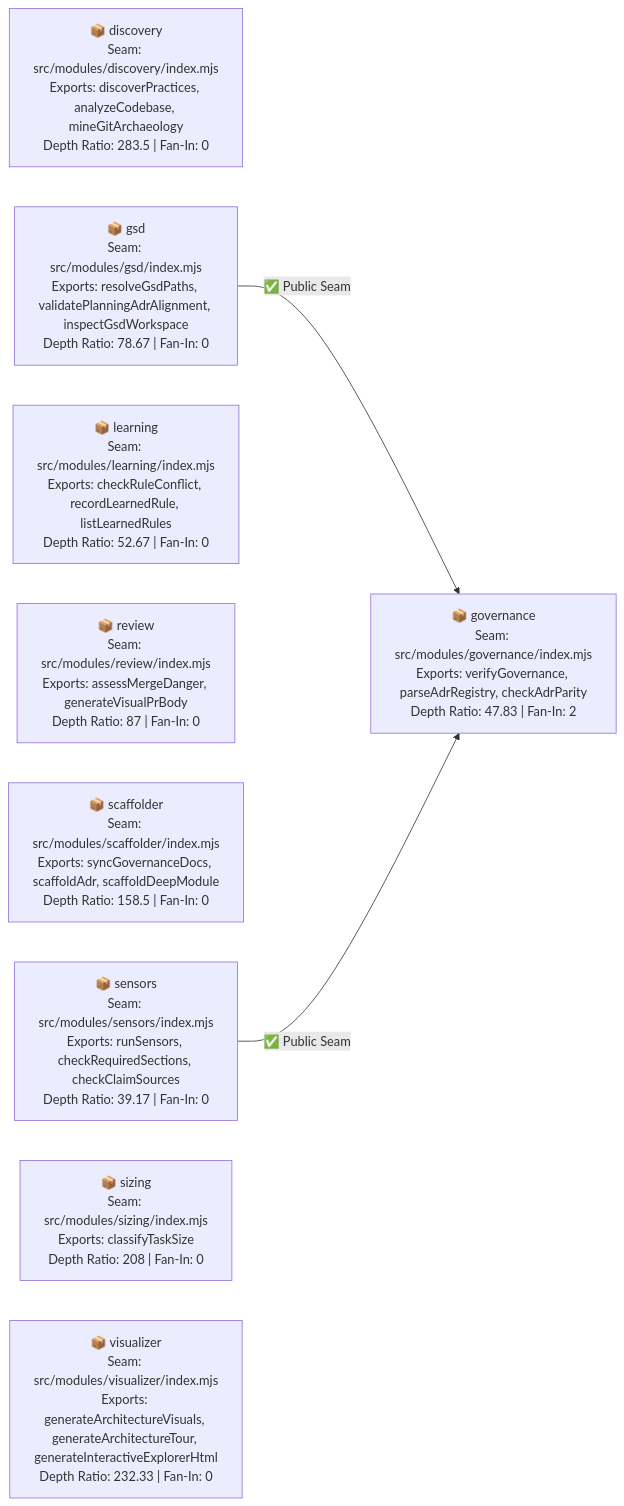
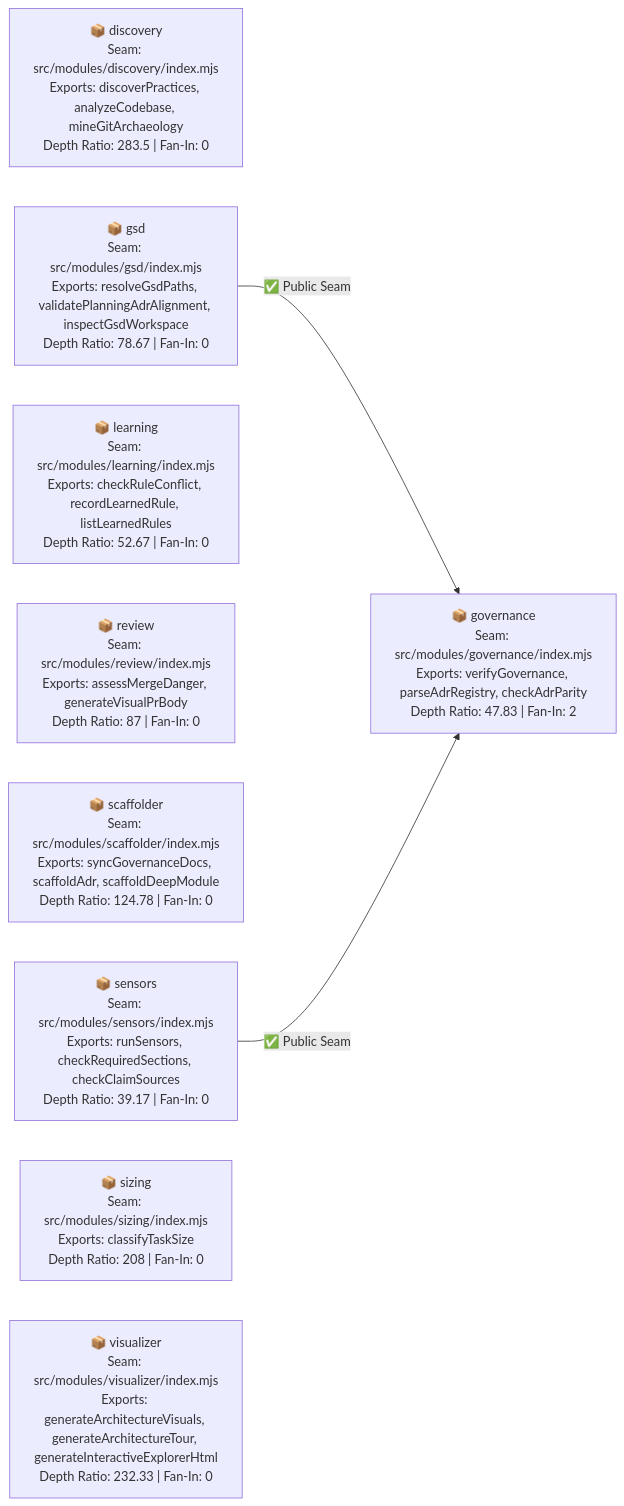
The second of 5 diagrams in docs/architecture/VISUAL_ARCHITECTURE.md (bpoti001/software-factory), drawn with Mermaid before and after one commit. The commit also changed other lines of this file and 15 other files, not shown here.

````diff
--- a/docs/architecture/VISUAL_ARCHITECTURE.md
+++ b/docs/architecture/VISUAL_ARCHITECTURE.md
@@ -39,14 +39,14 @@
 ```mermaid
 flowchart LR
     M_discovery["📦 discovery<br/>Seam: src/modules/discovery/index.mjs<br/>Exports: discoverPractices, analyzeCodebase, mineGitArchaeology<br/>Depth Ratio: 283.5 | Fan-In: 0"]
     M_governance["📦 governance<br/>Seam: src/modules/governance/index.mjs<br/>Exports: verifyGovernance, parseAdrRegistry, checkAdrParity<br/>Depth Ratio: 47.83 | Fan-In: 2"]
     M_gsd["📦 gsd<br/>Seam: src/modules/gsd/index.mjs<br/>Exports: resolveGsdPaths, validatePlanningAdrAlignment, inspectGsdWorkspace<br/>Depth Ratio: 78.67 | Fan-In: 0"]
     M_learning["📦 learning<br/>Seam: src/modules/learning/index.mjs<br/>Exports: checkRuleConflict, recordLearnedRule, listLearnedRules<br/>Depth Ratio: 52.67 | Fan-In: 0"]
     M_review["📦 review<br/>Seam: src/modules/review/index.mjs<br/>Exports: assessMergeDanger, generateVisualPrBody<br/>Depth Ratio: 87 | Fan-In: 0"]
-    M_scaffolder["📦 scaffolder<br/>Seam: src/modules/scaffolder/index.mjs<br/>Exports: syncGovernanceDocs, scaffoldAdr, scaffoldDeepModule<br/>Depth Ratio: 158.5 | Fan-In: 0"]
+    M_scaffolder["📦 scaffolder<br/>Seam: src/modules/scaffolder/index.mjs<br/>Exports: syncGovernanceDocs, scaffoldAdr, scaffoldDeepModule<br/>Depth Ratio: 124.78 | Fan-In: 0"]
     M_sensors["📦 sensors<br/>Seam: src/modules/sensors/index.mjs<br/>Exports: runSensors, checkRequiredSections, checkClaimSources<br/>Depth Ratio: 39.17 | Fan-In: 0"]
     M_sizing["📦 sizing<br/>Seam: src/modules/sizing/index.mjs<br/>Exports: classifyTaskSize<br/>Depth Ratio: 208 | Fan-In: 0"]
     M_visualizer["📦 visualizer<br/>Seam: src/modules/visualizer/index.mjs<br/>Exports: generateArchitectureVisuals, generateArchitectureTour, generateInteractiveExplorerHtml<br/>Depth Ratio: 232.33 | Fan-In: 0"]
     M_gsd -->|"✅ Public Seam"| M_governance
     M_sensors -->|"✅ Public Seam"| M_governance
 ```
````
